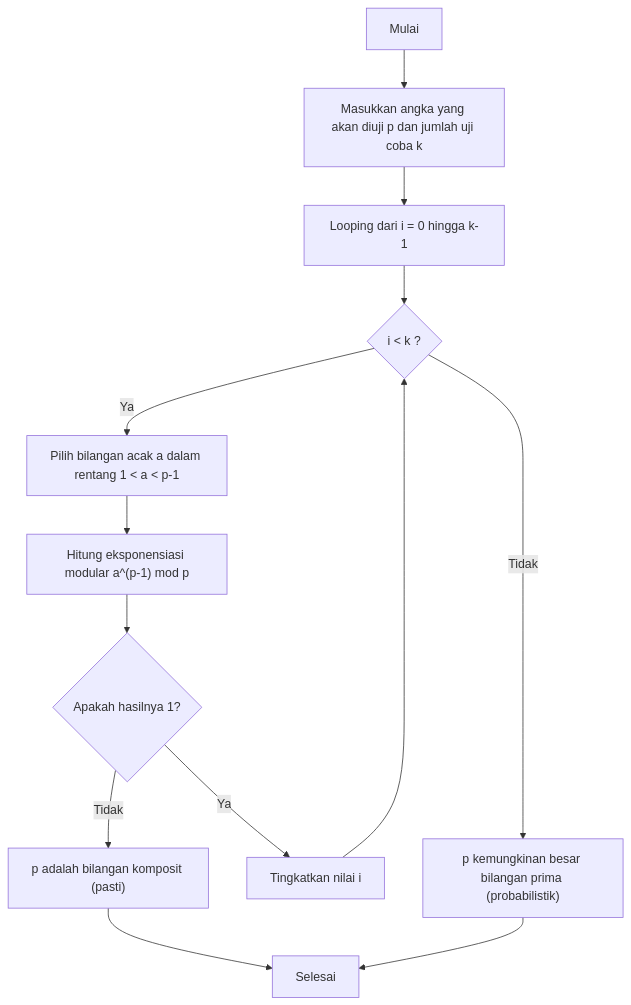
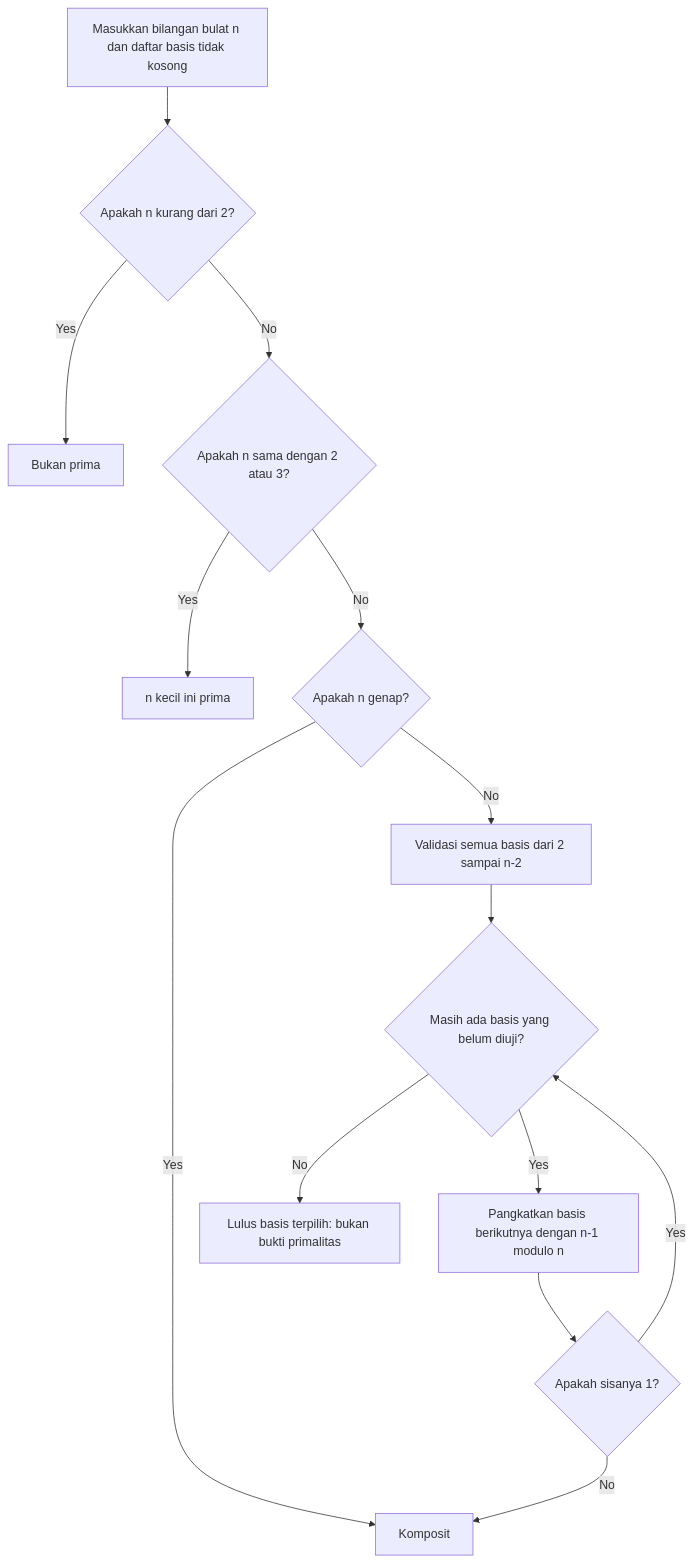
The first of 2 diagrams in content/post/フェルマーの小定理と暗号化/index.id.md (kenjinote/blog), drawn with Mermaid before and after one commit. The commit also changed other lines of this file and 5 other files, not shown here.

````diff
--- a/content/post/フェルマーの小定理と暗号化/index.id.md
+++ b/content/post/フェルマーの小定理と暗号化/index.id.md
@@ -156,15 +70,16 @@
 ```mermaid
 flowchart TD
-    Start["Mulai"] --> Input["Masukkan angka yang akan diuji p dan jumlah uji coba k"]
-    Input --> LoopStart["Looping dari i = 0 hingga k-1"]
-    LoopStart --> Condition{"i < k ?"}
-    Condition -- Ya --> RandomA["Pilih bilangan acak a dalam rentang 1 < a < p-1"]
-    RandomA --> Calc["Hitung eksponensiasi modular a^(p-1) mod p"]
-    Calc --> CheckPrime{"Apakah hasilnya 1?"}
-    CheckPrime -- Tidak --> ReturnComposite["p adalah bilangan komposit (pasti)"]
-    CheckPrime -- Ya --> Increment["Tingkatkan nilai i"]
-    Increment --> Condition
-    Condition -- Tidak --> ReturnPrime["p kemungkinan besar bilangan prima (probabilistik)"]
-    ReturnComposite --> End["Selesai"]
-    ReturnPrime --> End
+    Input["Masukkan bilangan bulat n dan daftar basis tidak kosong"] --> Small{"Apakah n kurang dari 2?"}
+    Small -- Yes --> NotPrime["Bukan prima"]
+    Small -- No --> Tiny{"Apakah n sama dengan 2 atau 3?"}
+    Tiny -- Yes --> Known["n kecil ini prima"]
+    Tiny -- No --> Even{"Apakah n genap?"}
+    Even -- Yes --> Composite["Komposit"]
+    Even -- No --> Validate["Validasi semua basis dari 2 sampai n-2"]
+    Validate --> Next{"Masih ada basis yang belum diuji?"}
+    Next -- Yes --> Power["Pangkatkan basis berikutnya dengan n-1 modulo n"]
+    Power --> Check{"Apakah sisanya 1?"}
+    Check -- No --> Composite
+    Check -- Yes --> Next
+    Next -- No --> Pass["Lulus basis terpilih: bukan bukti primalitas"]
 ```
````
